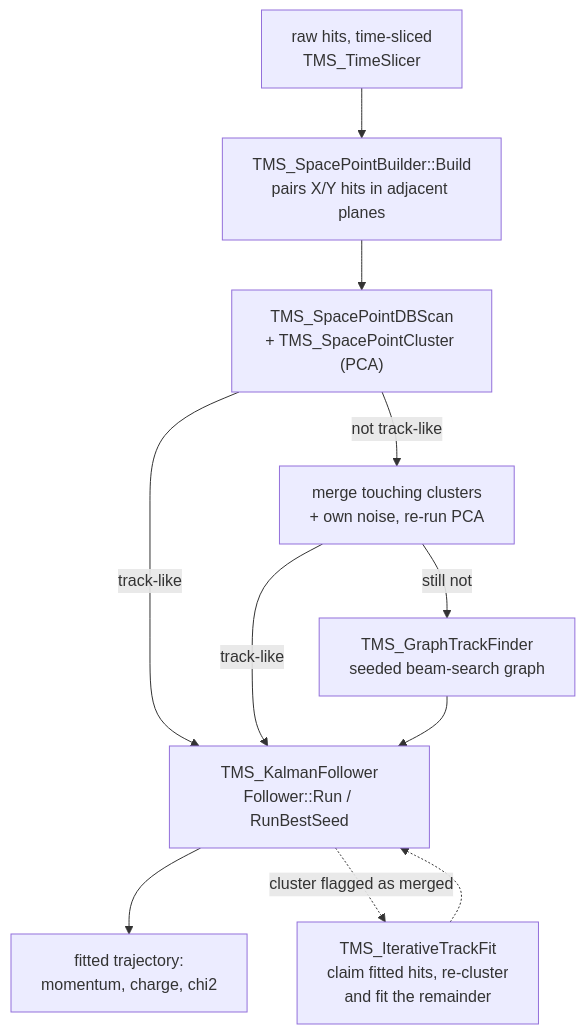
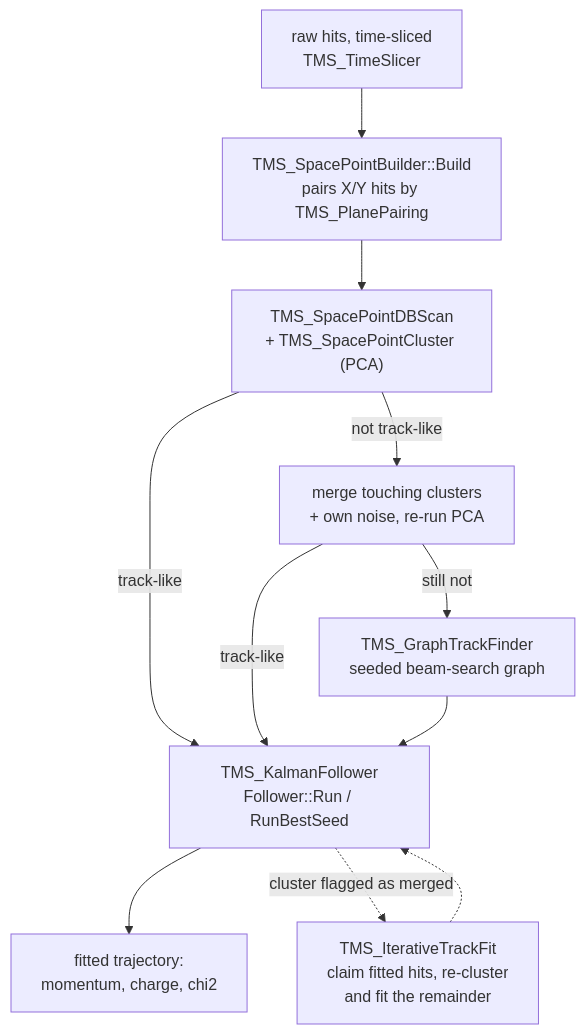
One commit to DUNE/dune-tms changed the diagram in src/Cluster3D/README.md. Above: the diagram before and after it, drawn with Mermaid. The commit also changed other lines of this file and 21 other files, not shown here.

````diff
--- a/src/Cluster3D/README.md
+++ b/src/Cluster3D/README.md
@@ -12,13 +12,13 @@
 ```mermaid
 flowchart TD
-  A[raw hits, time-sliced<br/>TMS_TimeSlicer] --> B["TMS_SpacePointBuilder::Build<br/>pairs X/Y hits in adjacent planes"]
+  A[raw hits, time-sliced<br/>TMS_TimeSlicer] --> B["TMS_SpacePointBuilder::Build<br/>pairs X/Y hits by TMS_PlanePairing"]
   B --> C["TMS_SpacePointDBScan<br/>+ TMS_SpacePointCluster (PCA)"]
   C -->|track-like| F
   C -->|not track-like| D["merge touching clusters<br/>+ own noise, re-run PCA"]
   D -->|track-like| F
   D -->|still not| E["TMS_GraphTrackFinder<br/>seeded beam-search graph"]
   E --> F["TMS_KalmanFollower<br/>Follower::Run / RunBestSeed"]
   F --> G[fitted trajectory:<br/>momentum, charge, chi2]
   F -.->|cluster flagged as merged| H["TMS_IterativeTrackFit<br/>claim fitted hits, re-cluster<br/>and fit the remainder"]
   H -.-> F
 ```
````
